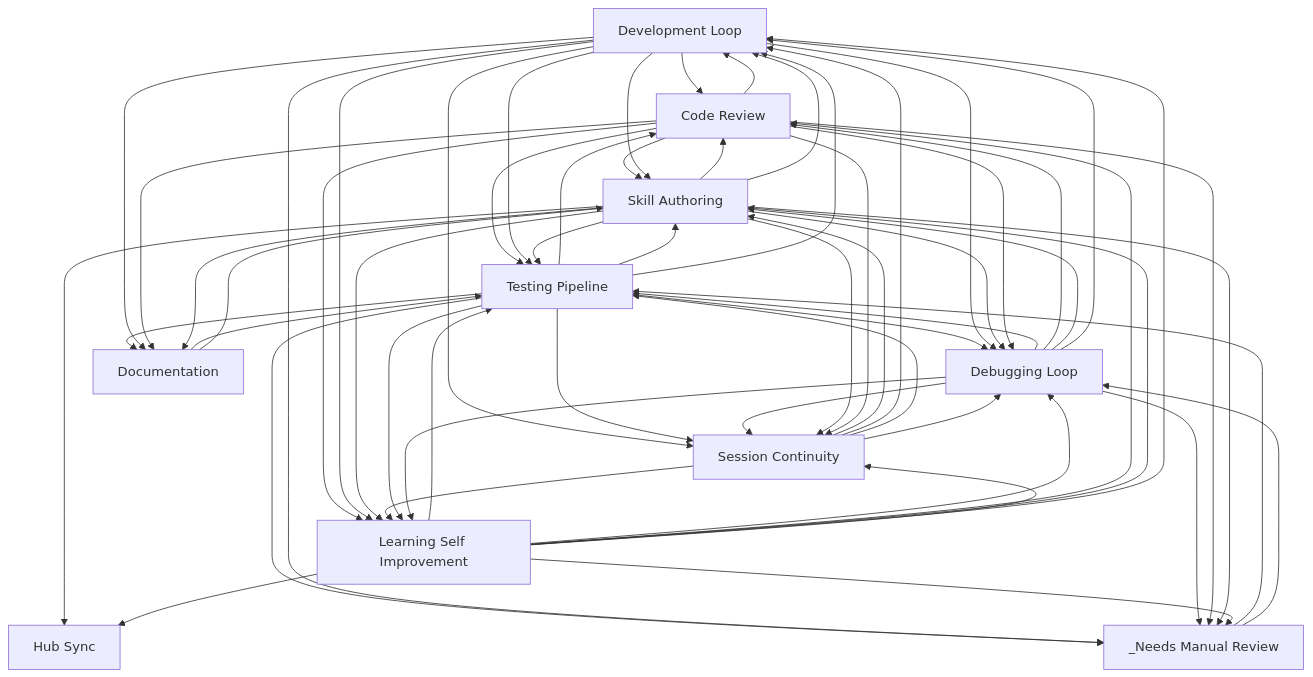
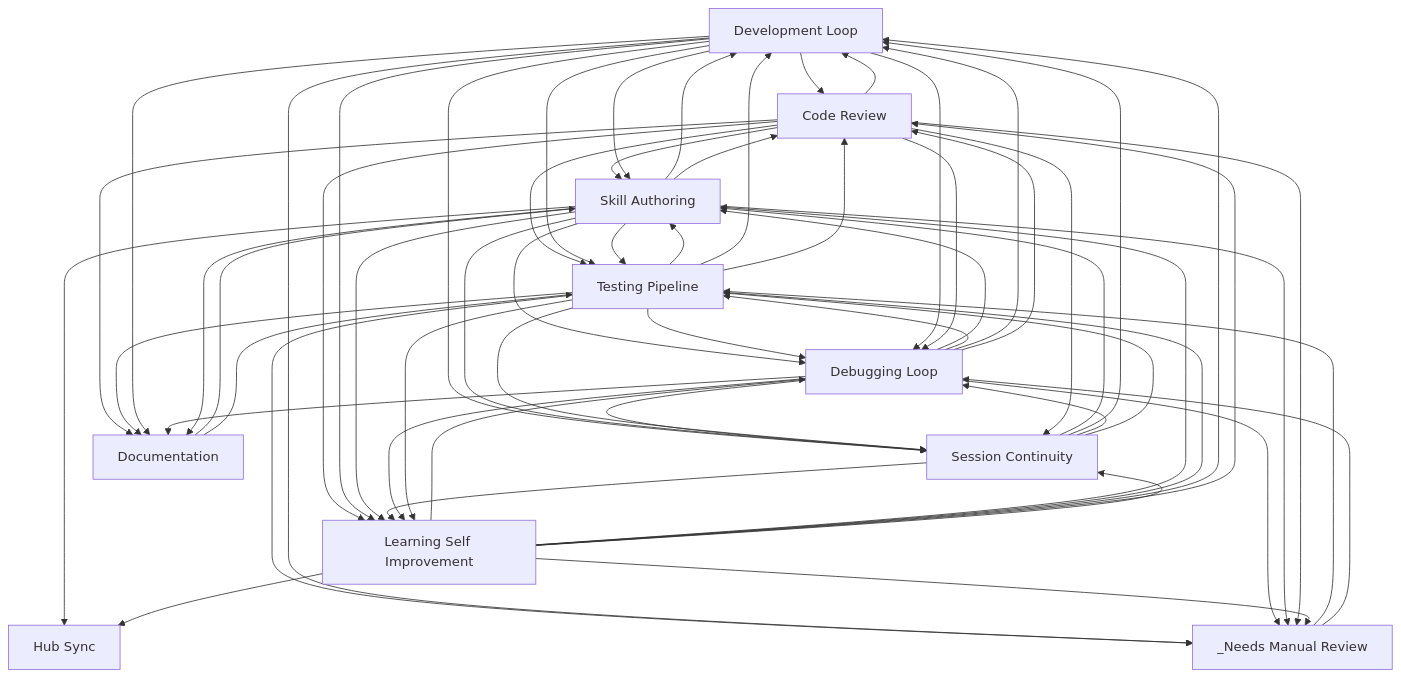
The diagram in docs/workflows/INDEX.md (abhayla/claude-best-practices), drawn with Mermaid before and after one commit. The commit also changed other lines of this file and 12 other files, not shown here.

````diff
--- a/docs/workflows/INDEX.md
+++ b/docs/workflows/INDEX.md
@@ -22,70 +22,71 @@
 ```mermaid
 graph TD
     development_loop[Development Loop]
     testing_pipeline[Testing Pipeline]
     debugging_loop[Debugging Loop]
     learning_self_improvement[Learning Self Improvement]
     session_continuity[Session Continuity]
     skill_authoring[Skill Authoring]
     code_review[Code Review]
     documentation[Documentation]
     hub_sync[Hub Sync]
     _needs_manual_review[_Needs Manual Review]
+    documentation --> skill_authoring
     documentation --> testing_pipeline
-    documentation --> skill_authoring
     code_review --> skill_authoring
     code_review --> development_loop
     development_loop --> code_review
     development_loop --> skill_authoring
     code_review --> testing_pipeline
     code_review --> learning_self_improvement
     development_loop --> testing_pipeline
     development_loop --> learning_self_improvement
+    skill_authoring --> testing_pipeline
+    testing_pipeline --> skill_authoring
+    skill_authoring --> debugging_loop
+    skill_authoring --> development_loop
     testing_pipeline --> debugging_loop
+    testing_pipeline --> development_loop
     testing_pipeline --> code_review
-    testing_pipeline --> skill_authoring
-    testing_pipeline --> development_loop
+    debugging_loop --> skill_authoring
     debugging_loop --> testing_pipeline
+    debugging_loop --> development_loop
     debugging_loop --> code_review
-    debugging_loop --> skill_authoring
-    debugging_loop --> development_loop
     development_loop --> debugging_loop
     skill_authoring --> code_review
-    skill_authoring --> development_loop
-    skill_authoring --> testing_pipeline
     skill_authoring --> learning_self_improvement
     testing_pipeline --> _needs_manual_review
     development_loop --> _needs_manual_review
+    code_review --> documentation
     testing_pipeline --> documentation
     development_loop --> documentation
-    code_review --> documentation
     development_loop --> session_continuity
     session_continuity --> learning_self_improvement
     _needs_manual_review --> testing_pipeline
+    skill_authoring --> session_continuity
+    debugging_loop --> session_continuity
     testing_pipeline --> session_continuity
-    debugging_loop --> session_continuity
-    skill_authoring --> session_continuity
-    skill_authoring --> debugging_loop
     _needs_manual_review --> debugging_loop
+    debugging_loop --> learning_self_improvement
     testing_pipeline --> learning_self_improvement
-    debugging_loop --> learning_self_improvement
+    learning_self_improvement --> debugging_loop
+    learning_self_improvement --> skill_authoring
     learning_self_improvement --> testing_pipeline
-    learning_self_improvement --> debugging_loop
+    learning_self_improvement --> development_loop
     learning_self_improvement --> code_review
-    learning_self_improvement --> skill_authoring
-    learning_self_improvement --> development_loop
     code_review --> debugging_loop
     debugging_loop --> _needs_manual_review
+    skill_authoring --> _needs_manual_review
     code_review --> _needs_manual_review
-    skill_authoring --> _needs_manual_review
+    learning_self_improvement --> session_continuity
     code_review --> session_continuity
-    learning_self_improvement --> session_continuity
     session_continuity --> skill_authoring
+    debugging_loop --> documentation
     session_continuity --> development_loop
+    session_continuity --> debugging_loop
     session_continuity --> testing_pipeline
-    session_continuity --> debugging_loop
     skill_authoring --> hub_sync
     learning_self_improvement --> hub_sync
     learning_self_improvement --> _needs_manual_review
     skill_authoring --> documentation
 ```
````
